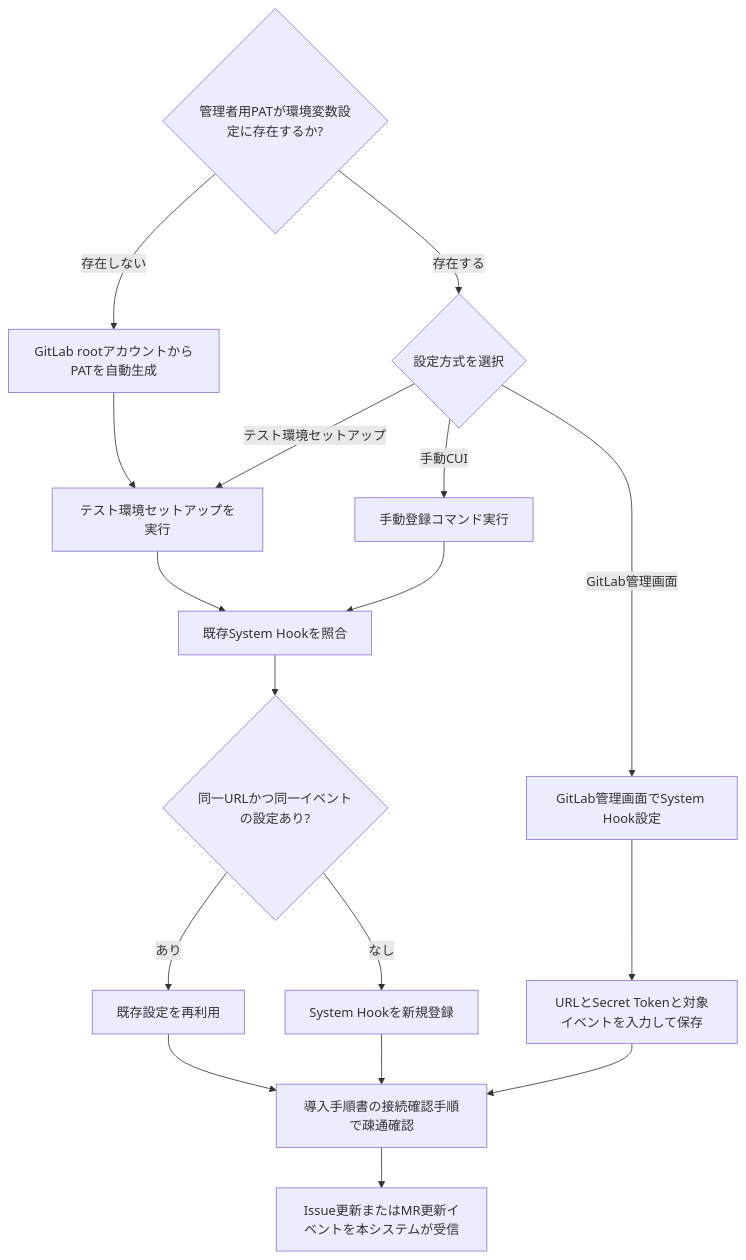
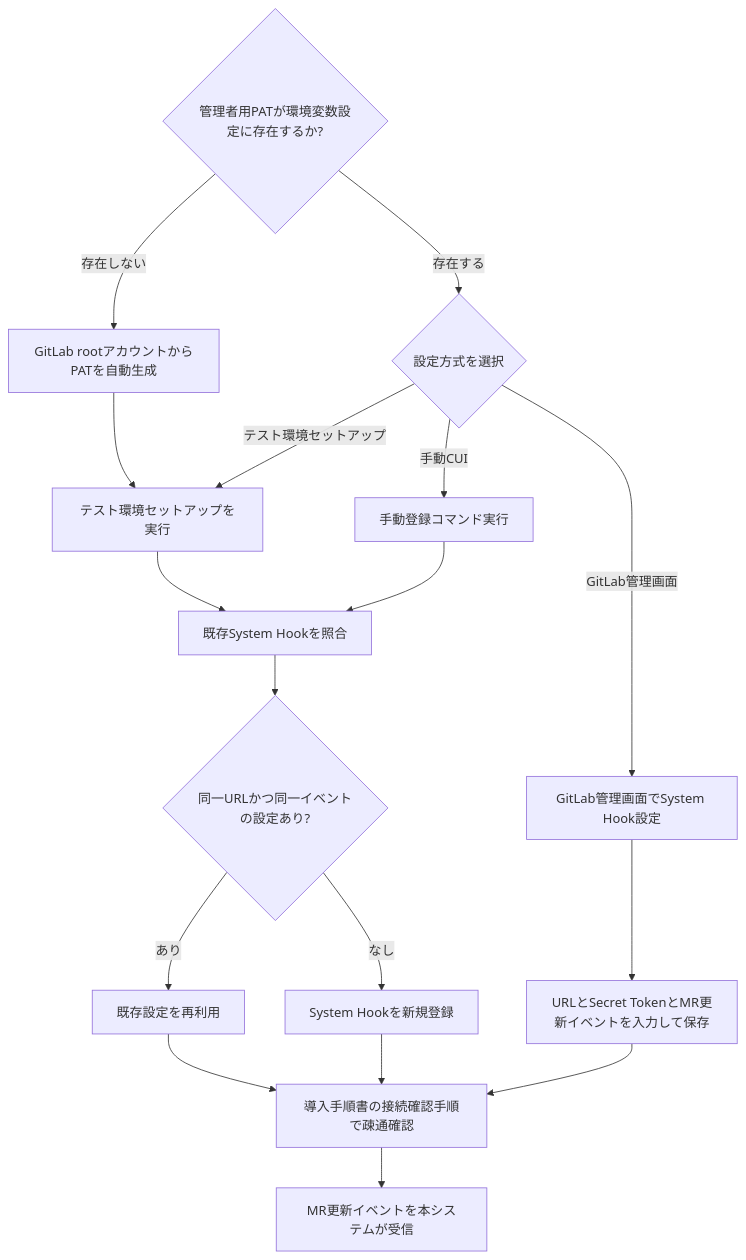
One commit to notfolder/CodingAgentAutomata changed the first of 2 diagrams in .history/20260504-switch-to-system-hook/change_requirements.md. Above: the diagram before and after it, drawn with Mermaid. The commit also changed other lines of this file and 4 other files, not shown here.

````diff
--- a/.history/20260504-switch-to-system-hook/change_requirements.md
+++ b/.history/20260504-switch-to-system-hook/change_requirements.md
@@ -65,19 +68,19 @@
 ```mermaid
 flowchart TD
     A{管理者用PATが環境変数設定に存在するか?} -->|存在する| B{設定方式を選択}
     A -->|存在しない| A2[GitLab rootアカウントからPATを自動生成]
     A2 --> C[テスト環境セットアップを実行]
     B -->|テスト環境セットアップ| C
     B -->|手動CUI| D[手動登録コマンド実行]
     B -->|GitLab管理画面| E[GitLab管理画面でSystem Hook設定]
     C --> F[既存System Hookを照合]
     D --> F
     F --> G{同一URLかつ同一イベントの設定あり?}
     G -->|あり| H[既存設定を再利用]
     G -->|なし| I[System Hookを新規登録]
-    E --> J[URLとSecret Tokenと対象イベントを入力して保存]
+    E --> J[URLとSecret TokenとMR更新イベントを入力して保存]
     H --> K[導入手順書の接続確認手順で疎通確認]
     I --> K
     J --> K
-    K --> L[Issue更新またはMR更新イベントを本システムが受信]
+    K --> L[MR更新イベントを本システムが受信]
 ```
````
